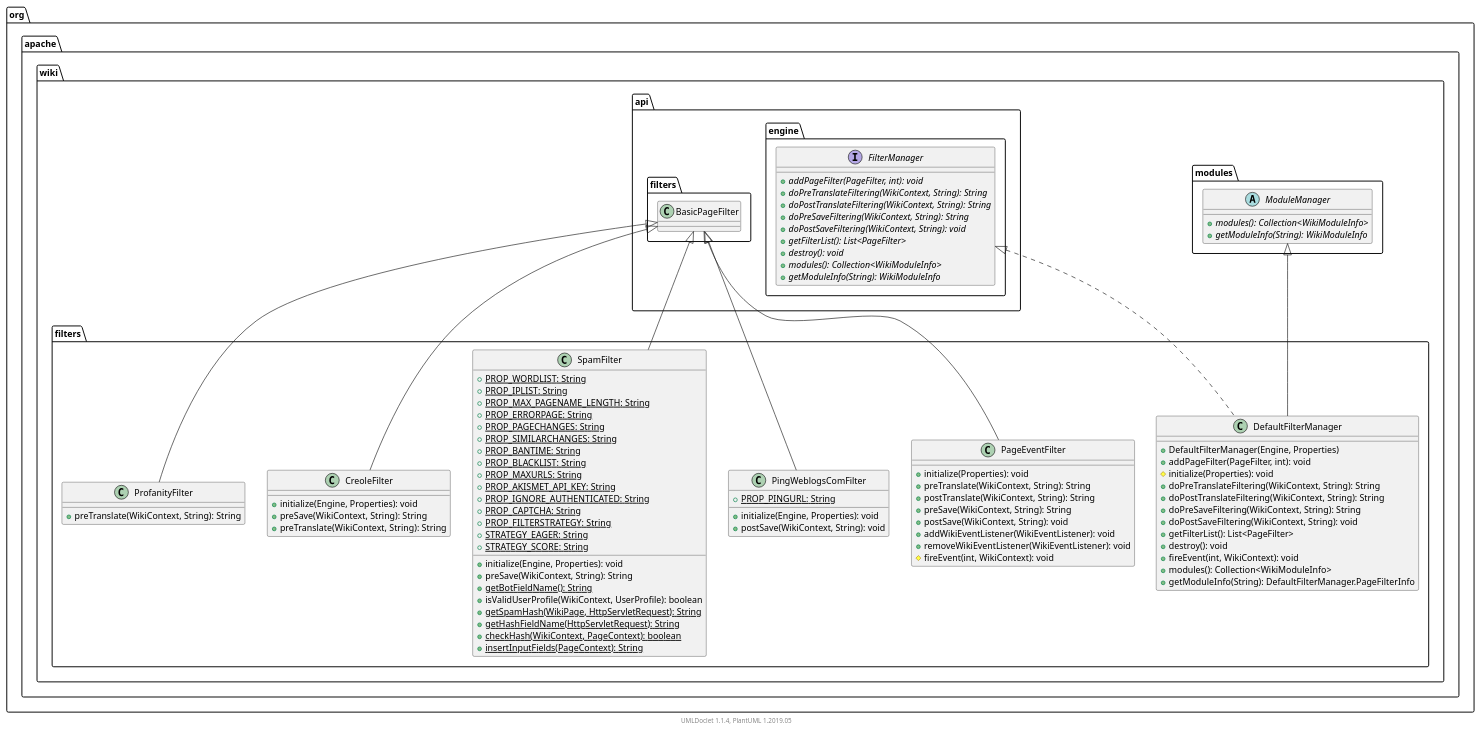
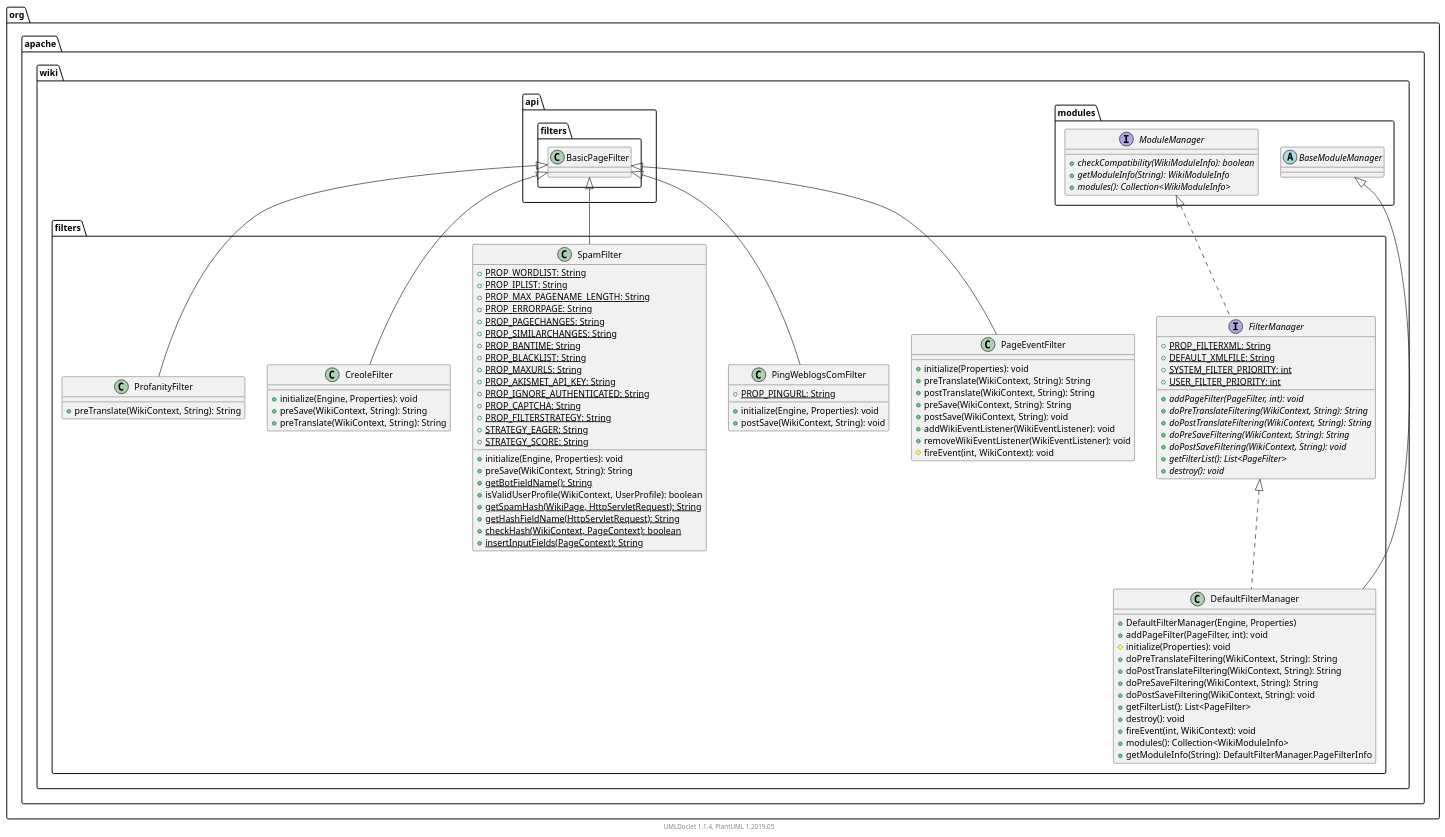
The diagram in apidocs/2.11.0.M7-SNAPSHOT/org/apache/wiki/filters/package.puml (apache/jspwiki-site), drawn with PlantUML before and after one commit. The commit also changed 1379 other files, not shown here.

```diff
--- a/apidocs/2.11.0.M7-SNAPSHOT/org/apache/wiki/filters/package.puml
+++ b/apidocs/2.11.0.M7-SNAPSHOT/org/apache/wiki/filters/package.puml
@@ -1,107 +1,114 @@
 @startuml
 
     namespace org.apache.wiki.filters {
 
         class DefaultFilterManager [[DefaultFilterManager.html]] {
             +DefaultFilterManager(Engine, Properties)
             +addPageFilter(PageFilter, int): void
             #initialize(Properties): void
             +doPreTranslateFiltering(WikiContext, String): String
             +doPostTranslateFiltering(WikiContext, String): String
             +doPreSaveFiltering(WikiContext, String): String
             +doPostSaveFiltering(WikiContext, String): void
             +getFilterList(): List<PageFilter>
             +destroy(): void
             +fireEvent(int, WikiContext): void
             +modules(): Collection<WikiModuleInfo>
             +getModuleInfo(String): DefaultFilterManager.PageFilterInfo
         }
 
         class PageEventFilter [[PageEventFilter.html]] {
             +initialize(Properties): void
             +preTranslate(WikiContext, String): String
             +postTranslate(WikiContext, String): String
             +preSave(WikiContext, String): String
             +postSave(WikiContext, String): void
             +addWikiEventListener(WikiEventListener): void
             +removeWikiEventListener(WikiEventListener): void
             #fireEvent(int, WikiContext): void
         }
 
         class PingWeblogsComFilter [[PingWeblogsComFilter.html]] {
             {static} +PROP_PINGURL: String
             +initialize(Engine, Properties): void
             +postSave(WikiContext, String): void
         }
 
         class SpamFilter [[SpamFilter.html]] {
             {static} +PROP_WORDLIST: String
             {static} +PROP_IPLIST: String
             {static} +PROP_MAX_PAGENAME_LENGTH: String
             {static} +PROP_ERRORPAGE: String
             {static} +PROP_PAGECHANGES: String
             {static} +PROP_SIMILARCHANGES: String
             {static} +PROP_BANTIME: String
             {static} +PROP_BLACKLIST: String
             {static} +PROP_MAXURLS: String
             {static} +PROP_AKISMET_API_KEY: String
             {static} +PROP_IGNORE_AUTHENTICATED: String
             {static} +PROP_CAPTCHA: String
             {static} +PROP_FILTERSTRATEGY: String
             {static} +STRATEGY_EAGER: String
             {static} +STRATEGY_SCORE: String
             +initialize(Engine, Properties): void
             +preSave(WikiContext, String): String
             {static} +getBotFieldName(): String
             +isValidUserProfile(WikiContext, UserProfile): boolean
             {static} +getSpamHash(WikiPage, HttpServletRequest): String
             {static} +getHashFieldName(HttpServletRequest): String
             {static} +checkHash(WikiContext, PageContext): boolean
             {static} +insertInputFields(PageContext): String
         }
 
         class CreoleFilter [[CreoleFilter.html]] {
             +initialize(Engine, Properties): void
             +preSave(WikiContext, String): String
             +preTranslate(WikiContext, String): String
         }
 
-        class ProfanityFilter [[ProfanityFilter.html]] {
-            +preTranslate(WikiContext, String): String
-        }
-
-        abstract class org.apache.wiki.modules.ModuleManager {
-            {abstract} +modules(): Collection<WikiModuleInfo>
-            {abstract} +getModuleInfo(String): WikiModuleInfo
-        }
-        org.apache.wiki.modules.ModuleManager <|-- DefaultFilterManager
-
-        interface org.apache.wiki.api.engine.FilterManager {
+        interface FilterManager [[FilterManager.html]] {
+            {static} +PROP_FILTERXML: String
+            {static} +DEFAULT_XMLFILE: String
+            {static} +SYSTEM_FILTER_PRIORITY: int
+            {static} +USER_FILTER_PRIORITY: int
             {abstract} +addPageFilter(PageFilter, int): void
             {abstract} +doPreTranslateFiltering(WikiContext, String): String
             {abstract} +doPostTranslateFiltering(WikiContext, String): String
             {abstract} +doPreSaveFiltering(WikiContext, String): String
             {abstract} +doPostSaveFiltering(WikiContext, String): void
             {abstract} +getFilterList(): List<PageFilter>
             {abstract} +destroy(): void
-            {abstract} +modules(): Collection<WikiModuleInfo>
-            {abstract} +getModuleInfo(String): WikiModuleInfo
         }
-        org.apache.wiki.api.engine.FilterManager <|.. DefaultFilterManager
+
+        class ProfanityFilter [[ProfanityFilter.html]] {
+            +preTranslate(WikiContext, String): String
+        }
+
+        abstract class org.apache.wiki.modules.BaseModuleManager
+        org.apache.wiki.modules.BaseModuleManager <|-- DefaultFilterManager
+
+        FilterManager <|.. DefaultFilterManager
 
         class org.apache.wiki.api.filters.BasicPageFilter
         org.apache.wiki.api.filters.BasicPageFilter <|-- PageEventFilter
 
         org.apache.wiki.api.filters.BasicPageFilter <|-- PingWeblogsComFilter
 
         org.apache.wiki.api.filters.BasicPageFilter <|-- SpamFilter
 
         org.apache.wiki.api.filters.BasicPageFilter <|-- CreoleFilter
 
+        interface org.apache.wiki.modules.ModuleManager {
+            {abstract} +checkCompatibility(WikiModuleInfo): boolean
+            {abstract} +getModuleInfo(String): WikiModuleInfo
+            {abstract} +modules(): Collection<WikiModuleInfo>
+        }
+        org.apache.wiki.modules.ModuleManager <|.. FilterManager
+
         org.apache.wiki.api.filters.BasicPageFilter <|-- ProfanityFilter
 
     }
 
 
     center footer UMLDoclet 1.1.4, PlantUML 1.2019.05
 @enduml
```
